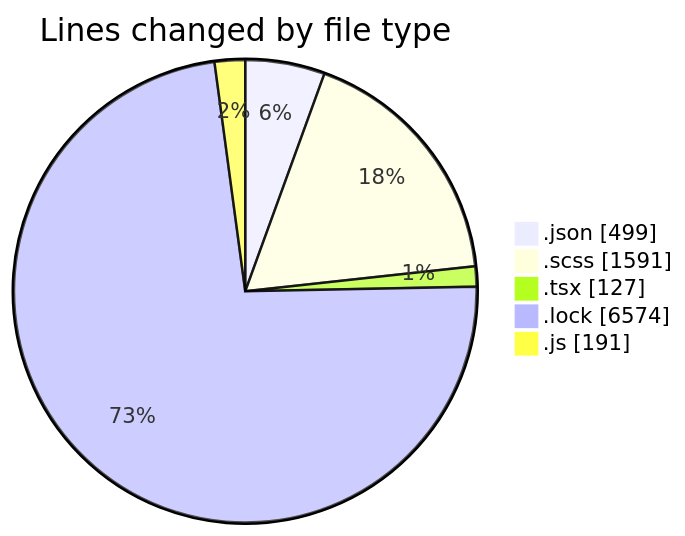
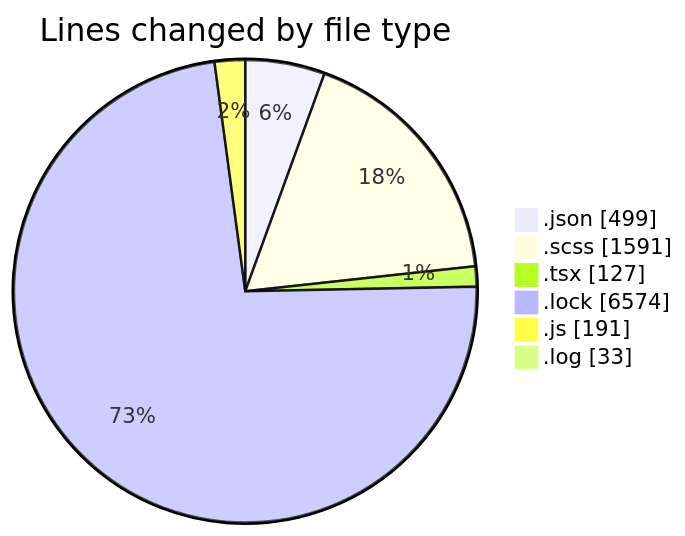
One commit to momahboobian/code-tracking changed the first of 2 diagrams in 2026-08-11/cda/README.md. Above: the diagram before and after it, drawn with Mermaid. The commit also changed other lines of this file and 1 other file, not shown here.

````diff
--- a/2026-08-11/cda/README.md
+++ b/2026-08-11/cda/README.md
@@ -31,9 +32,10 @@
 ```mermaid
 pie showData
 title Lines changed by file type
 ".json" : 499
 ".scss" : 1591
 ".tsx" : 127
 ".lock" : 6574
 ".js" : 191
+".log" : 33
 ```
````
